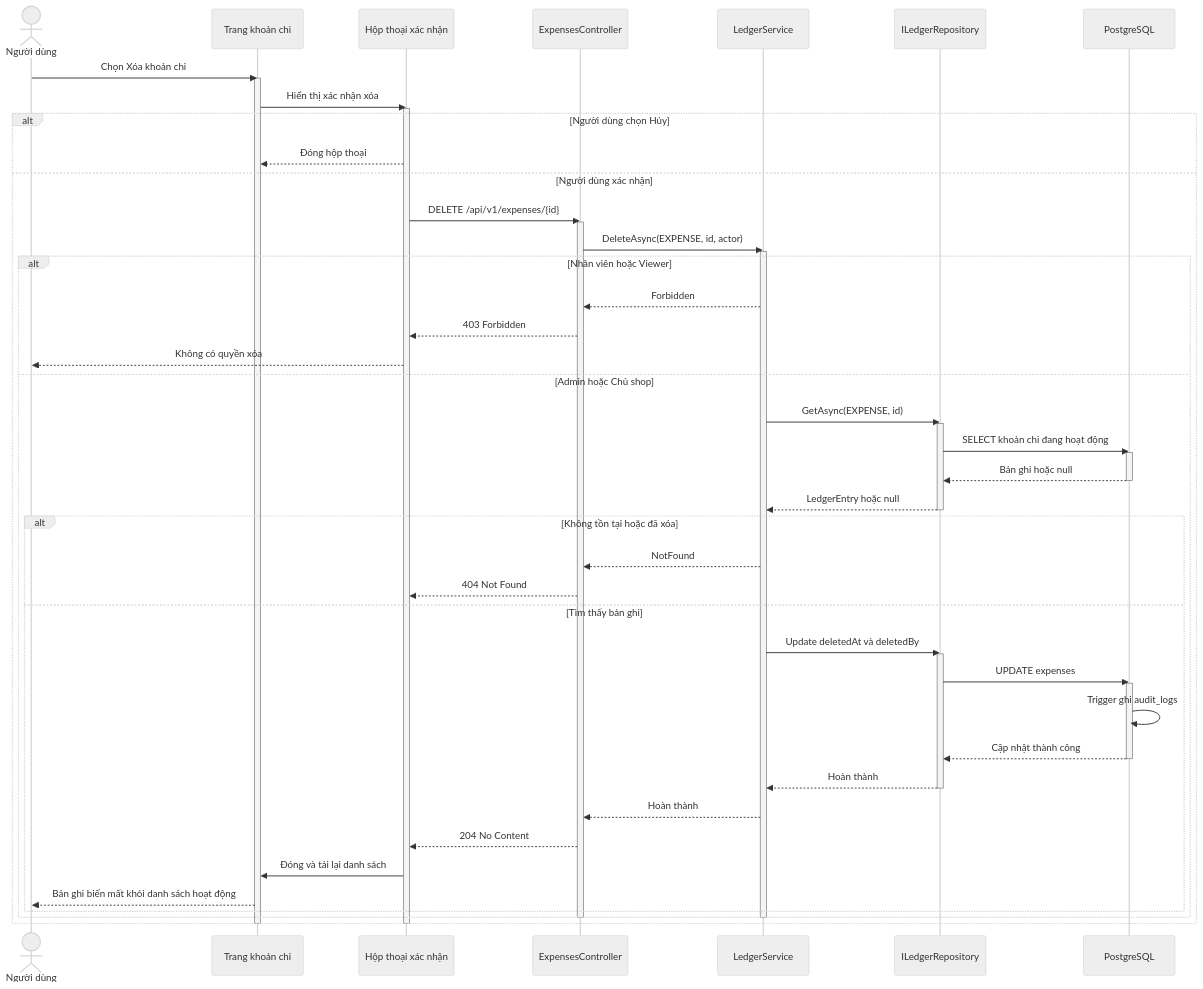
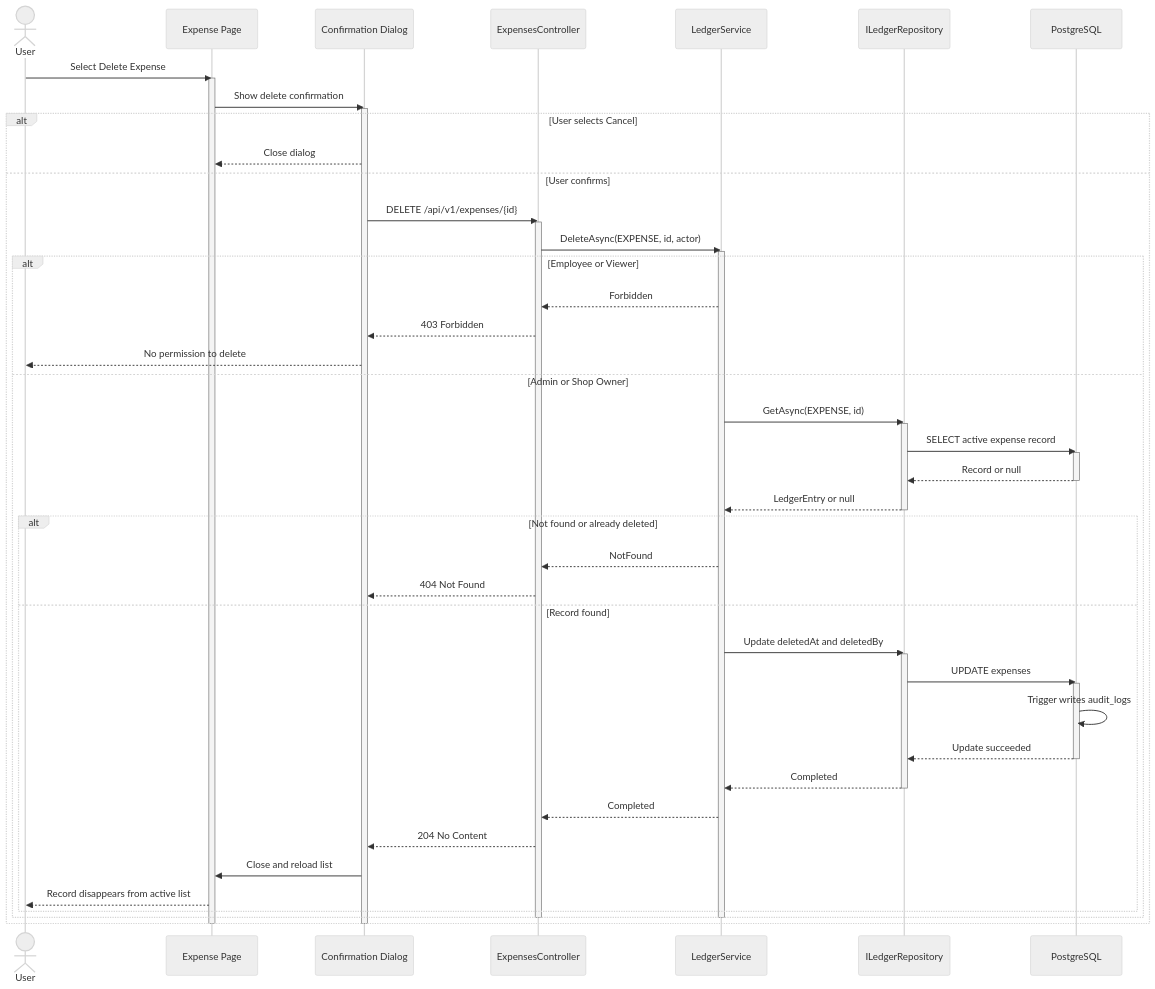
Before and after one commit to PhamHiep948/finance-manager: the fifth of 5 diagrams in docs/architecture/uml/02-sequence-diagrams.md, drawn with Mermaid (neutral theme). The commit also changed other lines of this file, not shown here.

Commit message:
update sequece diagram

````diff
--- a/docs/architecture/uml/02-sequence-diagrams.md
+++ b/docs/architecture/uml/02-sequence-diagrams.md
@@ -277,60 +277,60 @@
 ```mermaid
 sequenceDiagram
-    actor User as Người dùng
-    participant Page as Trang khoản chi
-    participant Dialog as Hộp thoại xác nhận
+    actor User as User
+    participant Page as Expense Page
+    participant Dialog as Confirmation Dialog
     participant API as ExpensesController
     participant Service as LedgerService
     participant Repo as ILedgerRepository
     participant DB as PostgreSQL
 
-    User->>Page: Chọn Xóa khoản chi
+    User->>Page: Select Delete Expense
     activate Page
-    Page->>Dialog: Hiển thị xác nhận xóa
+    Page->>Dialog: Show delete confirmation
     activate Dialog
 
-    alt Người dùng chọn Hủy
-        Dialog-->>Page: Đóng hộp thoại
-    else Người dùng xác nhận
+    alt User selects Cancel
+        Dialog-->>Page: Close dialog
+    else User confirms
         Dialog->>API: DELETE /api/v1/expenses/{id}
         activate API
         API->>Service: DeleteAsync(EXPENSE, id, actor)
         activate Service
-        alt Nhân viên hoặc Viewer
+        alt Employee or Viewer
             Service-->>API: Forbidden
             API-->>Dialog: 403 Forbidden
-            Dialog-->>User: Không có quyền xóa
-        else Admin hoặc Chủ shop
+            Dialog-->>User: No permission to delete
+        else Admin or Shop Owner
             Service->>Repo: GetAsync(EXPENSE, id)
             activate Repo
-            Repo->>DB: SELECT khoản chi đang hoạt động
+            Repo->>DB: SELECT active expense record
             activate DB
-            DB-->>Repo: Bản ghi hoặc null
+            DB-->>Repo: Record or null
             deactivate DB
-            Repo-->>Service: LedgerEntry hoặc null
+            Repo-->>Service: LedgerEntry or null
             deactivate Repo
-            alt Không tồn tại hoặc đã xóa
+            alt Not found or already deleted
                 Service-->>API: NotFound
                 API-->>Dialog: 404 Not Found
-            else Tìm thấy bản ghi
-                Service->>Repo: Update deletedAt và deletedBy
+            else Record found
+                Service->>Repo: Update deletedAt and deletedBy
                 activate Repo
                 Repo->>DB: UPDATE expenses
                 activate DB
-                DB->>DB: Trigger ghi audit_logs
-                DB-->>Repo: Cập nhật thành công
+                DB->>DB: Trigger writes audit_logs
+                DB-->>Repo: Update succeeded
                 deactivate DB
-                Repo-->>Service: Hoàn thành
+                Repo-->>Service: Completed
                 deactivate Repo
-                Service-->>API: Hoàn thành
+                Service-->>API: Completed
                 API-->>Dialog: 204 No Content
-                Dialog->>Page: Đóng và tải lại danh sách
-                Page-->>User: Bản ghi biến mất khỏi danh sách hoạt động
+                Dialog->>Page: Close and reload list
+                Page-->>User: Record disappears from active list
             end
         end
         deactivate Service
         deactivate API
     end
     deactivate Dialog
     deactivate Page
 ```
````
